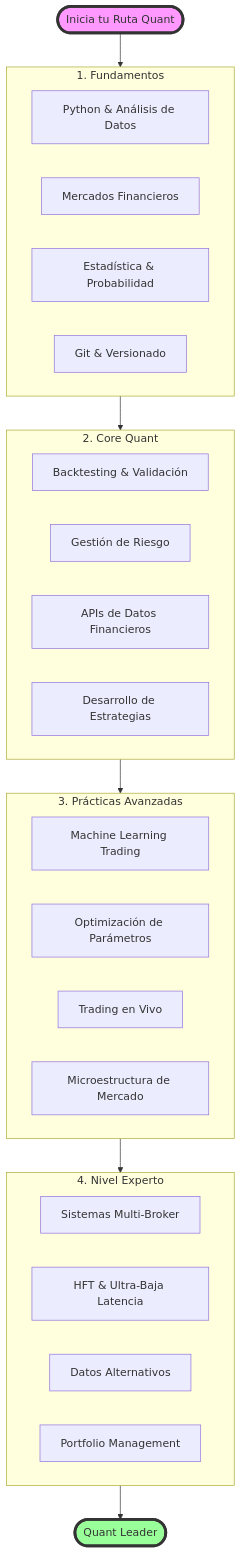
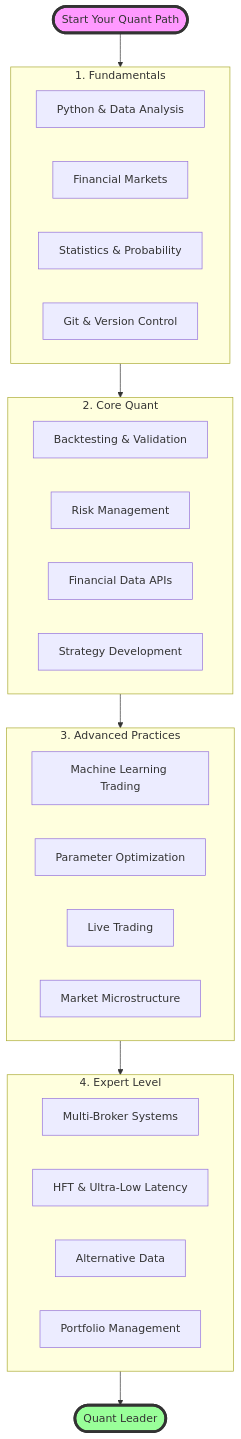
The diagram in ROADMAP.md (jefrnc/start-your-quant), drawn with Mermaid before and after one commit. The commit also changed other lines of this file and 201 other files, not shown here.

````diff
--- a/ROADMAP.md
+++ b/ROADMAP.md
@@ -5,43 +7,43 @@
 ```mermaid
 graph TB
-    Start([Inicia tu Ruta Quant]) --> Foundations
+    Start([Start Your Quant Path]) --> Foundations
 
-    subgraph Foundations[1. Fundamentos]
-        A1[Python & Análisis de Datos]
-        A2[Mercados Financieros]
-        A3[Estadística & Probabilidad]
-        A4[Git & Versionado]
+    subgraph Foundations[1. Fundamentals]
+        A1[Python & Data Analysis]
+        A2[Financial Markets]
+        A3[Statistics & Probability]
+        A4[Git & Version Control]
     end
 
     Foundations --> Core
 
     subgraph Core[2. Core Quant]
-        B1[Backtesting & Validación]
-        B2[Gestión de Riesgo]
-        B3[APIs de Datos Financieros]
-        B4[Desarrollo de Estrategias]
+        B1[Backtesting & Validation]
+        B2[Risk Management]
+        B3[Financial Data APIs]
+        B4[Strategy Development]
     end
 
     Core --> Advanced
 
-    subgraph Advanced[3. Prácticas Avanzadas]
+    subgraph Advanced[3. Advanced Practices]
         C1[Machine Learning Trading]
-        C2[Optimización de Parámetros]
-        C3[Trading en Vivo]
-        C4[Microestructura de Mercado]
+        C2[Parameter Optimization]
+        C3[Live Trading]
+        C4[Market Microstructure]
     end
 
     Advanced --> Expert
 
-    subgraph Expert[4. Nivel Experto]
-        D1[Sistemas Multi-Broker]
-        D2[HFT & Ultra-Baja Latencia]
-        D3[Datos Alternativos]
+    subgraph Expert[4. Expert Level]
+        D1[Multi-Broker Systems]
+        D2[HFT & Ultra-Low Latency]
+        D3[Alternative Data]
         D4[Portfolio Management]
     end
 
     Expert --> Leader([Quant Leader])
 
     style Start fill:#f9f,stroke:#333,stroke-width:4px
     style Leader fill:#9f9,stroke:#333,stroke-width:4px
 ```
````
